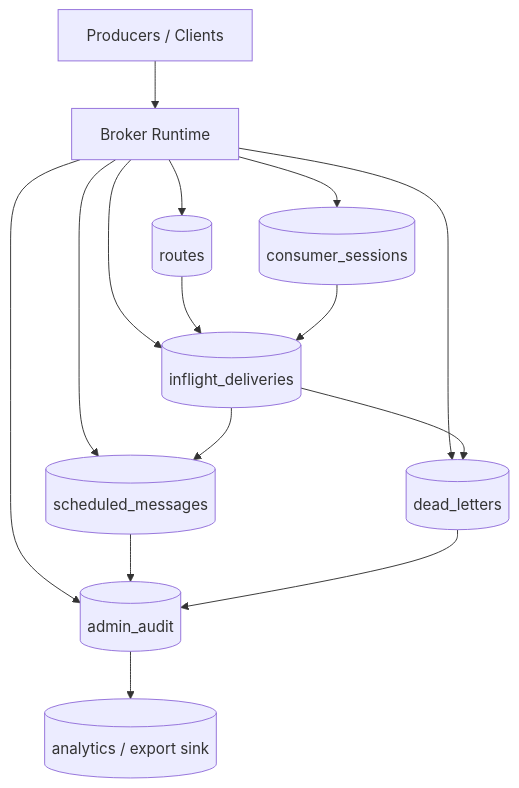
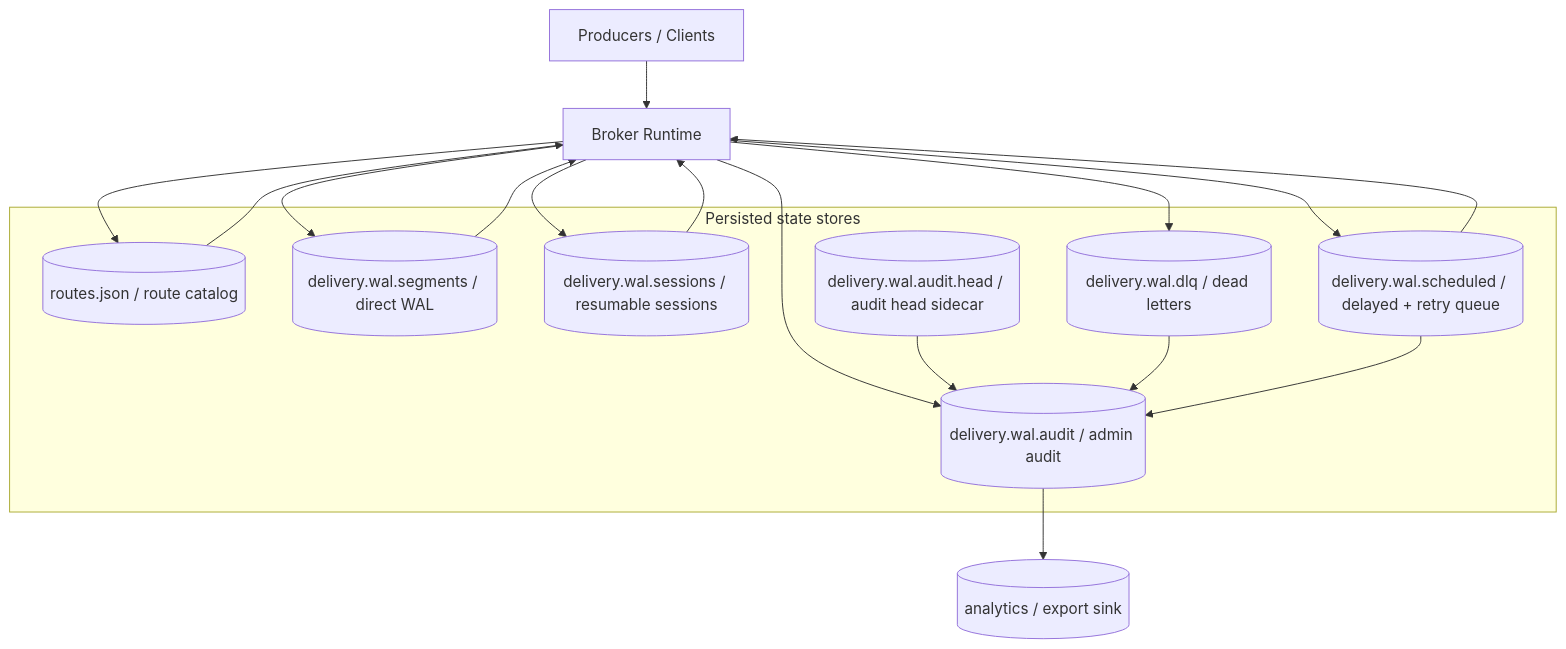
One commit to Restyourmind/AetherBus-Tachyon changed the diagram in README.md. Above: the diagram before and after it, drawn with Mermaid. The commit also changed other lines of this file and 13 other files, not shown here.

````diff
--- a/README.md
+++ b/README.md
@@ -194,18 +185,30 @@
 ```mermaid
 flowchart TD
     Producers[Producers / Clients] --> Broker[Broker Runtime]
-    Broker --> Routes[(routes)]
-    Broker --> Sessions[(consumer_sessions)]
-    Broker --> Inflight[(inflight_deliveries)]
-    Broker --> Scheduled[(scheduled_messages)]
-    Broker --> DLQ[(dead_letters)]
-    Broker --> Audit[(admin_audit)]
+
+    subgraph Persisted_State[Persisted state stores]
+        Routes[(routes.json / route catalog)]
+        Segments[(delivery.wal.segments / direct WAL)]
+        Sessions[(delivery.wal.sessions / resumable sessions)]
+        Scheduled[(delivery.wal.scheduled / delayed + retry queue)]
+        DLQ[(delivery.wal.dlq / dead letters)]
+        Audit[(delivery.wal.audit / admin audit)]
+        AuditHead[(delivery.wal.audit.head / audit head sidecar)]
+    end
+
+    Broker --> Routes
+    Broker --> Segments
+    Broker --> Sessions
+    Broker --> Scheduled
+    Broker --> DLQ
+    Broker --> Audit
+    AuditHead --> Audit
+
+    Routes --> Broker
+    Sessions --> Broker
+    Segments --> Broker
+    Scheduled --> Broker
+    DLQ --> Audit
+    Scheduled --> Audit
     Audit --> Export[(analytics / export sink)]
-
-    Routes --> Inflight
-    Sessions --> Inflight
-    Inflight --> Scheduled
-    Inflight --> DLQ
-    Scheduled --> Audit
-    DLQ --> Audit
 ```
````
